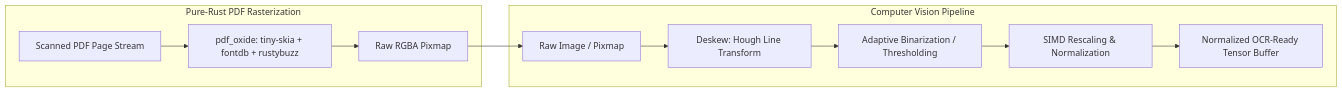
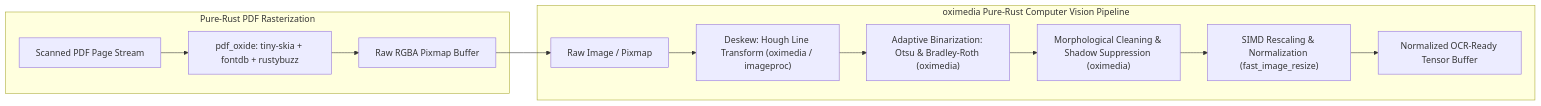
One commit to yasuomaidana/docula changed the diagram in docs/04_RASTERIZATION_AND_PREPROCESSING.md. Above: the diagram before and after it, drawn with Mermaid. The commit also changed other lines of this file and 12 other files, not shown here.

````diff
--- a/docs/04_RASTERIZATION_AND_PREPROCESSING.md
+++ b/docs/04_RASTERIZATION_AND_PREPROCESSING.md
@@ -12,16 +12,17 @@
 ```mermaid
 flowchart LR
     subgraph Rasterization["Pure-Rust PDF Rasterization"]
         PDFPage[Scanned PDF Page Stream] --> PdfOxide[pdf_oxide: tiny-skia + fontdb + rustybuzz]
-        PdfOxide --> Pixmap[Raw RGBA Pixmap]
+        PdfOxide --> Pixmap[Raw RGBA Pixmap Buffer]
     end
 
-    subgraph Preprocessing["Computer Vision Pipeline"]
-        RawImg[Raw Image / Pixmap] --> Deskew[Deskew: Hough Line Transform]
-        Deskew --> Binarize[Adaptive Binarization / Thresholding]
-        Binarize --> Resample[SIMD Rescaling & Normalization]
-        Resample --> ModelTensor[Normalized OCR-Ready Tensor Buffer]
+    subgraph Preprocessing["oximedia Pure-Rust Computer Vision Pipeline"]
+        RawImg[Raw Image / Pixmap] --> Deskew["Deskew: Hough Line Transform (oximedia / imageproc)"]
+        Deskew --> Binarize["Adaptive Binarization: Otsu & Bradley-Roth (oximedia)"]
+        Binarize --> Morph["Morphological Cleaning & Shadow Suppression (oximedia)"]
+        Morph --> Resample["SIMD Rescaling & Normalization (fast_image_resize)"]
+        Resample --> ModelTensor["Normalized OCR-Ready Tensor Buffer"]
     end
 
     Pixmap --> RawImg
 ```
````
